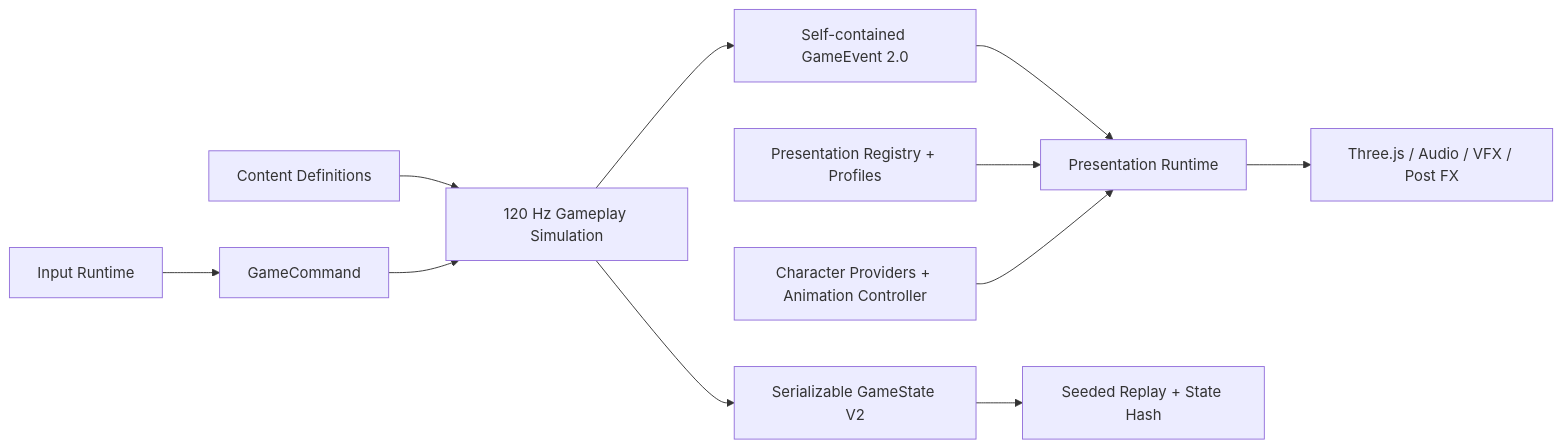
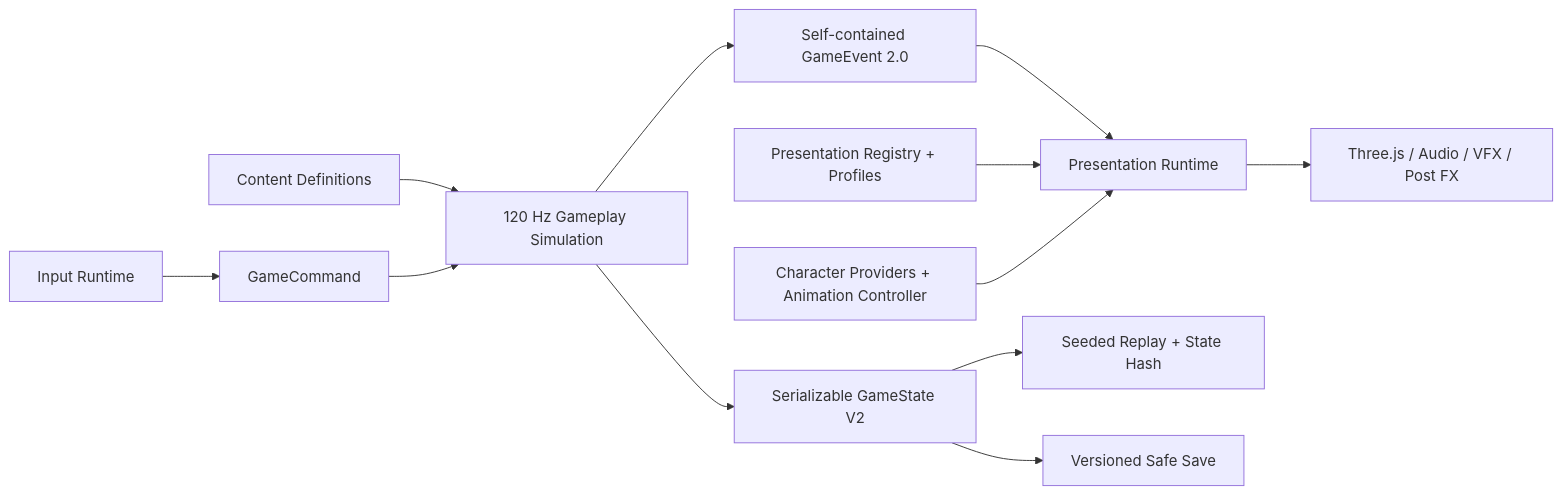
One commit to ArvenWang/SlASH changed the diagram in docs/architecture/README.md. Above: the diagram before and after it, drawn with Mermaid. The commit also changed other lines of this file and 16 other files, not shown here.

````diff
--- a/docs/architecture/README.md
+++ b/docs/architecture/README.md
@@ -11,13 +11,14 @@
 ```mermaid
 flowchart LR
     Input["Input Runtime"] --> Command["GameCommand"]
     Content["Content Definitions"] --> Game["120 Hz Gameplay Simulation"]
     Command --> Game
     Game --> State["Serializable GameState V2"]
     Game --> Event["Self-contained GameEvent 2.0"]
     Event --> Presentation["Presentation Runtime"]
     Profiles["Presentation Registry + Profiles"] --> Presentation
     Providers["Character Providers + Animation Controller"] --> Presentation
     Presentation --> Renderer["Three.js / Audio / VFX / Post FX"]
     State --> Replay["Seeded Replay + State Hash"]
+    State --> Save["Versioned Safe Save"]
 ```
````
